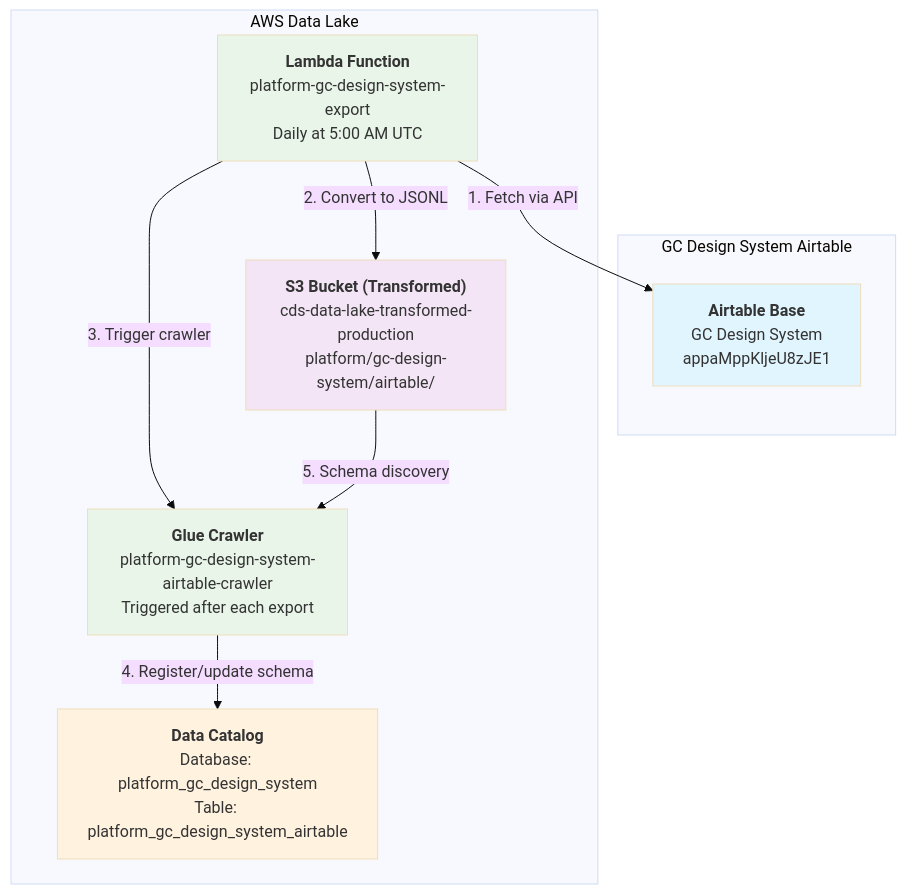
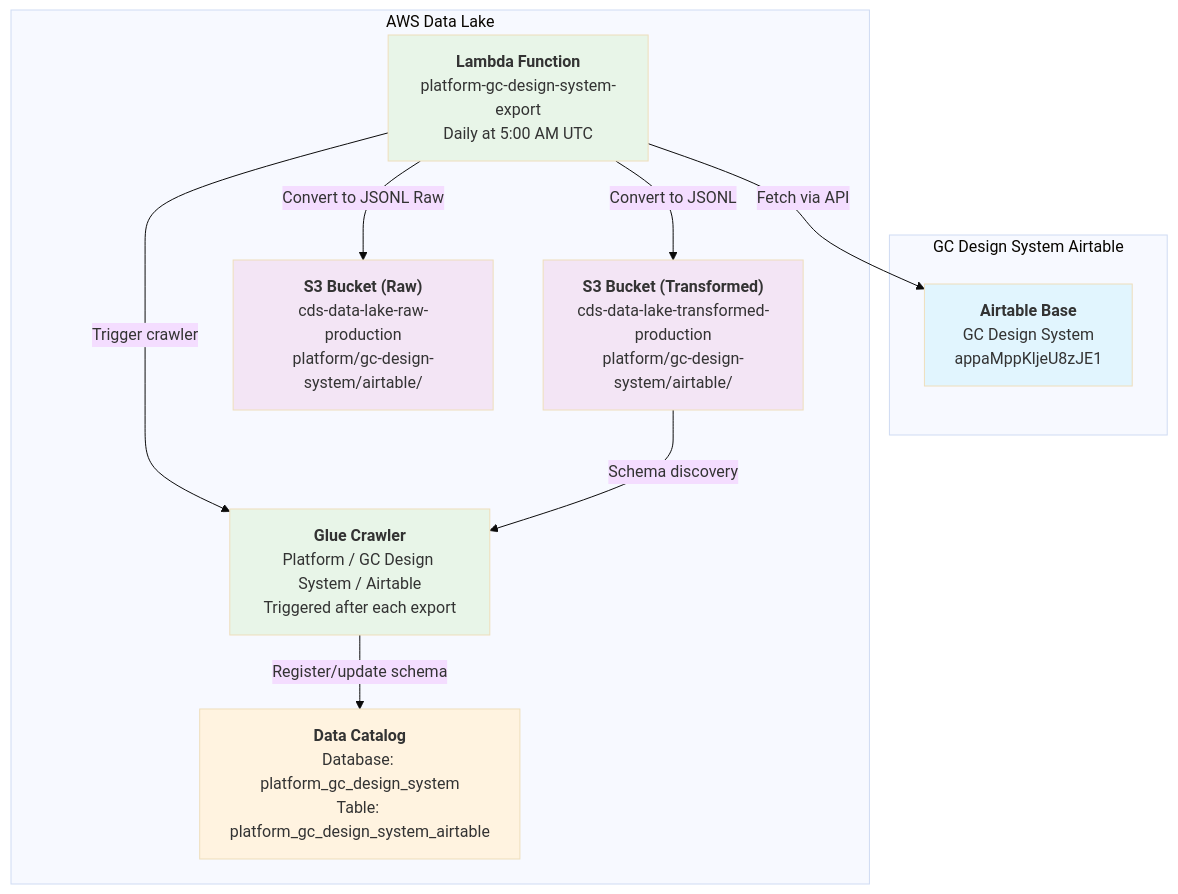
One commit to cds-snc/data-lake changed the diagram in docs/data/pipelines/platform/gc-design-system/airtable.md. Above: the diagram before and after it, drawn with Mermaid (base theme). The commit also changed other lines of this file and 18 other files, not shown here.

````diff
--- a/docs/data/pipelines/platform/gc-design-system/airtable.md
+++ b/docs/data/pipelines/platform/gc-design-system/airtable.md
@@ -35,37 +35,39 @@
 ```mermaid
 graph TD
     %% Source Systems
     Airtable["`**Airtable Base**<br/>GC Design System<br/>appaMppKljeU8zJE1`"]
     
     %% Storage
     TransS3["`**S3 Bucket (Transformed)**<br/>cds-data-lake-transformed-production<br/>platform/gc-design-system/airtable/`"]
+    RawS3["`**S3 Bucket (Raw)**<br/>cds-data-lake-raw-production<br/>platform/gc-design-system/airtable/`"]
     
     %% Processing
     Lambda["`**Lambda Function**<br/>platform-gc-design-system-export<br/>Daily at 5:00 AM UTC`"]
-    Crawler["`**Glue Crawler**<br/>platform-gc-design-system-airtable-crawler<br/>Triggered after each export`"]
+    Crawler["`**Glue Crawler**<br/>Platform / GC Design System / Airtable<br/>Triggered after each export`"]
     CatalogTransformed["`**Data Catalog**<br/>Database: platform_gc_design_system<br/>Table: platform_gc_design_system_airtable`"]
 
     %% Flow
     subgraph airtable_source[GC Design System Airtable]
         Airtable
     end
 
     subgraph aws_datalake[AWS Data Lake]
-        Lambda --> |1. Fetch via API|Airtable
-        Lambda --> |2. Convert to JSONL|TransS3
-        Lambda --> |3. Trigger crawler|Crawler
-        Crawler --> |4. Register/update schema|CatalogTransformed
-        TransS3 --> |5. Schema discovery|Crawler
+        Lambda --> |Fetch via API|Airtable
+        Lambda --> |Convert to JSONL|TransS3
+        Lambda --> |Convert to JSONL Raw|RawS3
+        Lambda --> |Trigger crawler|Crawler
+        Crawler --> |Register/update schema|CatalogTransformed
+        TransS3 --> |Schema discovery|Crawler
     end
 
     %% Styling
     classDef source fill:#e1f5fe
     classDef storage fill:#f3e5f5
     classDef processing fill:#e8f5e8
     classDef catalog fill:#fff3e0
 
     class Airtable source
-    class TransS3 storage
+    class TransS3,RawS3 storage
     class Lambda,Crawler processing
     class CatalogTransformed catalog
 ```
````
